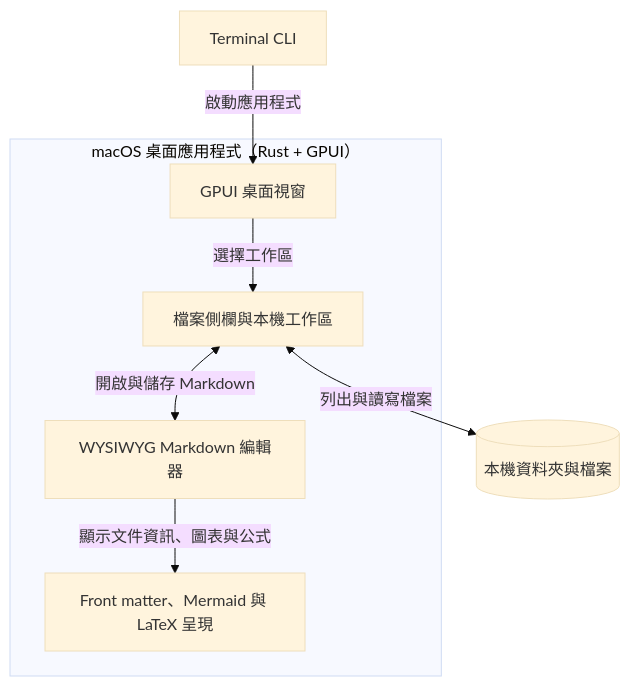
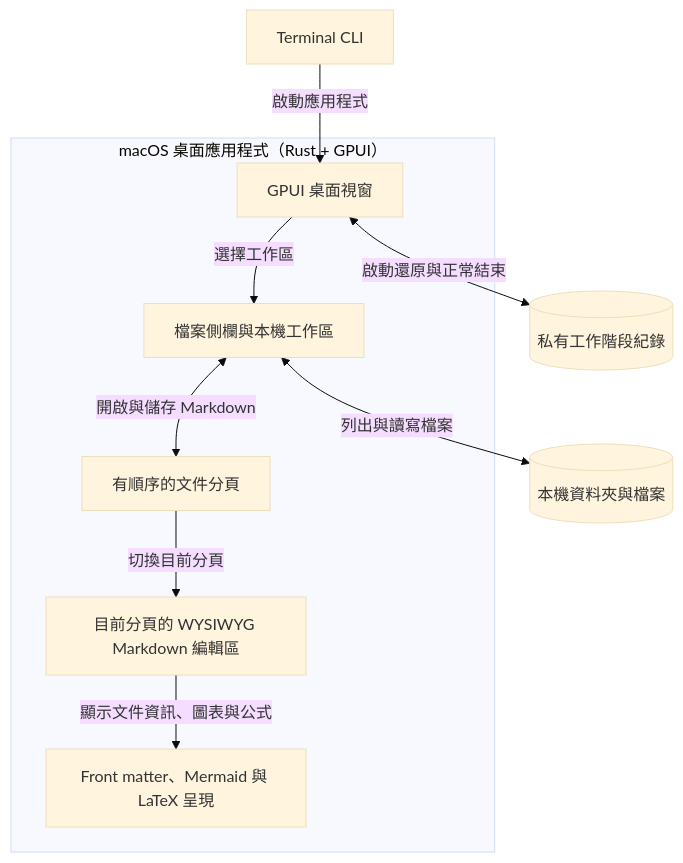
One commit to narumiruna/gpui-editor changed the diagram in docs/prd/gpui-editor.md. Above: the diagram before and after it, drawn with Mermaid (base theme). The commit also changed other lines of this file and 11 other files, not shown here.

Commit message:
feat: add document tabs and workspace restore

````diff
--- a/docs/prd/gpui-editor.md
+++ b/docs/prd/gpui-editor.md
@@ -36,18 +38,22 @@
 ```mermaid
 flowchart TD
     cli["Terminal CLI"]
     files[("本機資料夾與檔案")]
+    session[("私有工作階段紀錄")]
 
     subgraph app["macOS 桌面應用程式（Rust + GPUI）"]
         window["GPUI 桌面視窗"]
         workspace["檔案側欄與本機工作區"]
-        markdown["WYSIWYG Markdown 編輯器"]
+        tabs["有順序的文件分頁"]
+        markdown["目前分頁的 WYSIWYG Markdown 編輯區"]
         render["Front matter、Mermaid 與 LaTeX 呈現"]
     end
 
     cli -->|啟動應用程式| window
+    window <-->|啟動還原與正常結束| session
     window -->|選擇工作區| workspace
     workspace <-->|列出與讀寫檔案| files
-    workspace <-->|開啟與儲存 Markdown| markdown
+    workspace <-->|開啟與儲存 Markdown| tabs
+    tabs -->|切換目前分頁| markdown
     markdown -->|顯示文件資訊、圖表與公式| render
 ```
````
